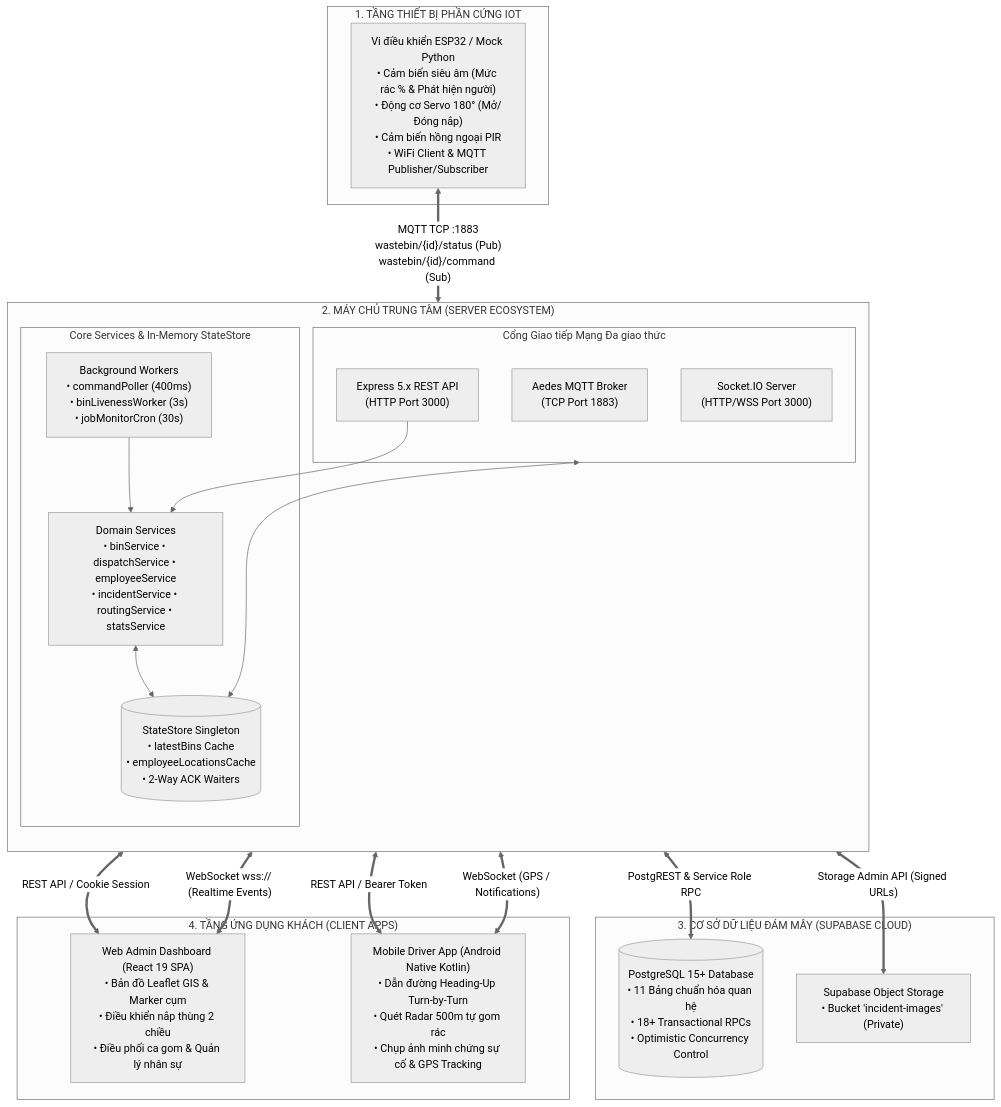
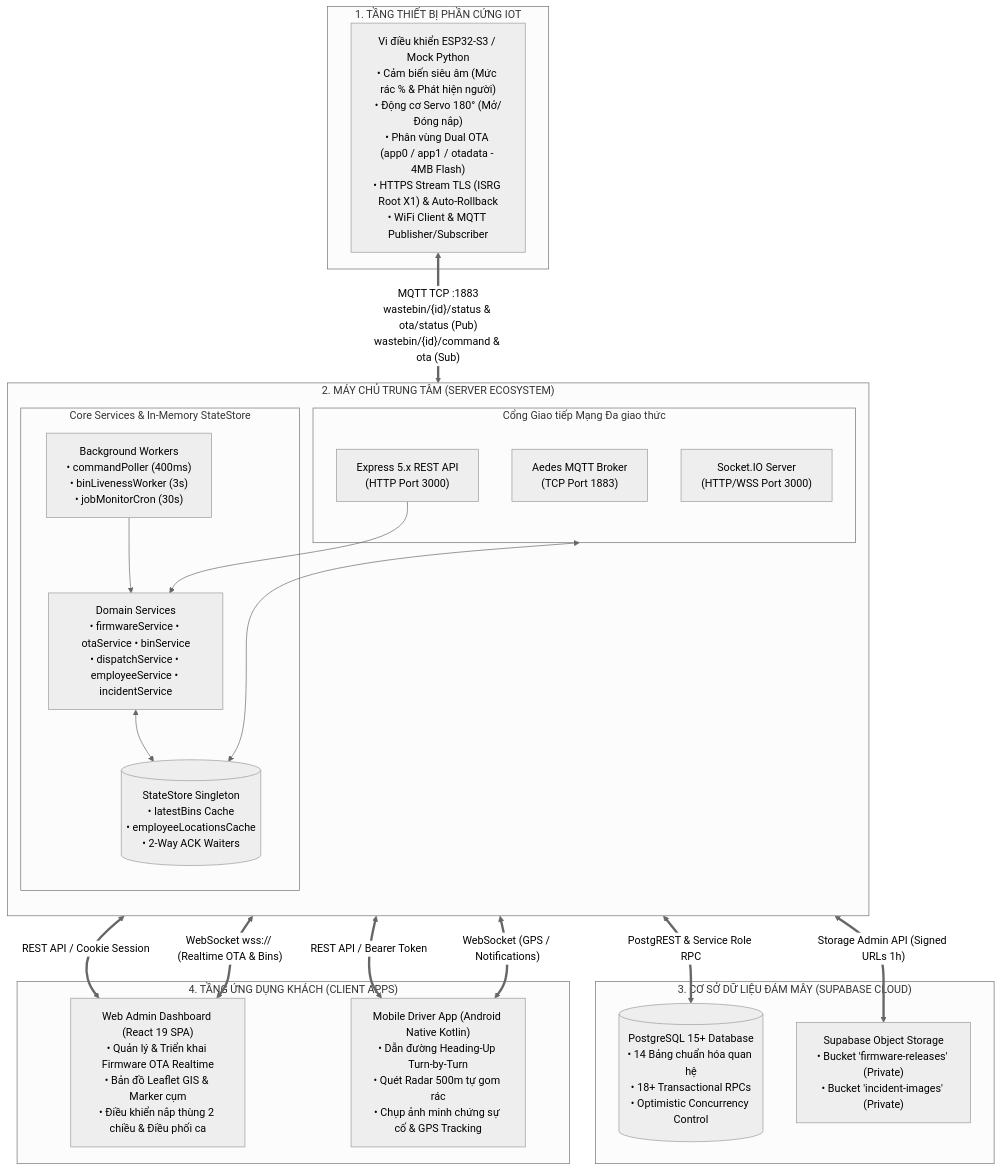
One commit to Phuc710/Smart_Waste changed the diagram in docs/README.md. Above: the diagram before and after it, drawn with Mermaid (neutral theme). The commit also changed other lines of this file and 20 other files, not shown here.

Commit message:
Final feat: implement full-stack smart waste management system including backend services, MQTT integration, Android job execution UI, and comprehensive testing suite.

````diff
--- a/docs/README.md
+++ b/docs/README.md
@@ -45,45 +46,45 @@
 ```mermaid
 flowchart TB
     subgraph IOT_LAYER ["1. TẦNG THIẾT BỊ PHẦN CỨNG IOT"]
-        ESP32["Vi điều khiển ESP32 / Mock Python\n• Cảm biến siêu âm (Mức rác % & Phát hiện người)\n• Động cơ Servo 180° (Mở/Đóng nắp)\n• Cảm biến hồng ngoại PIR\n• WiFi Client & MQTT Publisher/Subscriber"]
+        ESP32["Vi điều khiển ESP32-S3 / Mock Python\n• Cảm biến siêu âm (Mức rác % & Phát hiện người)\n• Động cơ Servo 180° (Mở/Đóng nắp)\n• Phân vùng Dual OTA (app0 / app1 / otadata - 4MB Flash)\n• HTTPS Stream TLS (ISRG Root X1) & Auto-Rollback\n• WiFi Client & MQTT Publisher/Subscriber"]
     end
 
     subgraph SERVER_LAYER ["2. MÁY CHỦ TRUNG TÂM (SERVER ECOSYSTEM)"]
         direction TB
         subgraph GATEWAYS ["Cổng Giao tiếp Mạng Đa giao thức"]
             MQTT_BROKER["Aedes MQTT Broker\n(TCP Port 1883)"]
             SOCKET_IO["Socket.IO Server\n(HTTP/WSS Port 3000)"]
             EXPRESS_API["Express 5.x REST API\n(HTTP Port 3000)"]
         end
 
         subgraph BACKEND_CORE ["Core Services & In-Memory StateStore"]
             STATE_STORE[("StateStore Singleton\n• latestBins Cache\n• employeeLocationsCache\n• 2-Way ACK Waiters")]
-            SERVICES["Domain Services\n• binService • dispatchService • employeeService\n• incidentService • routingService • statsService"]
+            SERVICES["Domain Services\n• firmwareService • otaService • binService\n• dispatchService • employeeService • incidentService"]
             WORKERS["Background Workers\n• commandPoller (400ms)\n• binLivenessWorker (3s)\n• jobMonitorCron (30s)"]
         end
 
         GATEWAYS <--> STATE_STORE
         EXPRESS_API --> SERVICES
         SERVICES <--> STATE_STORE
         WORKERS --> SERVICES
     end
 
     subgraph DATABASE_LAYER ["3. CƠ SỞ DỮ LIỆU ĐÁM MÂY (SUPABASE CLOUD)"]
-        POSTGRES[("PostgreSQL 15+ Database\n• 11 Bảng chuẩn hóa quan hệ\n• 18+ Transactional RPCs\n• Optimistic Concurrency Control")]
-        STORAGE["Supabase Object Storage\n• Bucket 'incident-images' (Private)"]
+        POSTGRES[("PostgreSQL 15+ Database\n• 14 Bảng chuẩn hóa quan hệ\n• 18+ Transactional RPCs\n• Optimistic Concurrency Control")]
+        STORAGE["Supabase Object Storage\n• Bucket 'firmware-releases' (Private)\n• Bucket 'incident-images' (Private)"]
     end
 
     subgraph CLIENT_LAYER ["4. TẦNG ỨNG DỤNG KHÁCH (CLIENT APPS)"]
-        WEB_ADMIN["Web Admin Dashboard (React 19 SPA)\n• Bản đồ Leaflet GIS & Marker cụm\n• Điều khiển nắp thùng 2 chiều\n• Điều phối ca gom & Quản lý nhân sự"]
+        WEB_ADMIN["Web Admin Dashboard (React 19 SPA)\n• Quản lý & Triển khai Firmware OTA Realtime\n• Bản đồ Leaflet GIS & Marker cụm\n• Điều khiển nắp thùng 2 chiều & Điều phối ca"]
         MOBILE_DRIVER["Mobile Driver App (Android Native Kotlin)\n• Dẫn đường Heading-Up Turn-by-Turn\n• Quét Radar 500m tự gom rác\n• Chụp ảnh minh chứng sự cố & GPS Tracking"]
     end
 
-    ESP32 <== "MQTT TCP :1883\nwastebin/{id}/status (Pub)\nwastebin/{id}/command (Sub)" ==> MQTT_BROKER
+    ESP32 <== "MQTT TCP :1883\nwastebin/{id}/status & ota/status (Pub)\nwastebin/{id}/command & ota (Sub)" ==> MQTT_BROKER
     EXPRESS_API <== "REST API / Cookie Session" ==> WEB_ADMIN
-    SOCKET_IO <== "WebSocket wss:// (Realtime Events)" ==> WEB_ADMIN
+    SOCKET_IO <== "WebSocket wss:// (Realtime OTA & Bins)" ==> WEB_ADMIN
     EXPRESS_API <== "REST API / Bearer Token" ==> MOBILE_DRIVER
     SOCKET_IO <== "WebSocket (GPS / Notifications)" ==> MOBILE_DRIVER
 
     SERVICES <== "PostgREST & Service Role RPC" ==> POSTGRES
-    SERVICES <== "Storage Admin API (Signed URLs)" ==> STORAGE
+    SERVICES <== "Storage Admin API (Signed URLs 1h)" ==> STORAGE
 ```
````
